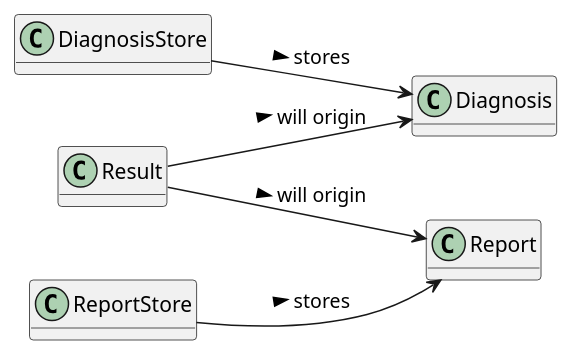
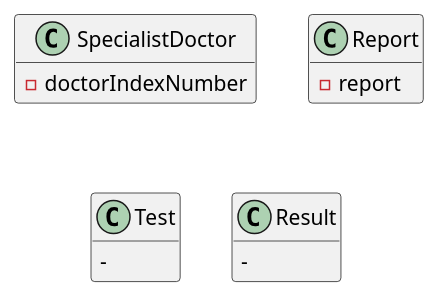
The diagram in docs/SprintC/US14/UC14_MD.puml (GuilhermeCunha79/lapr2), drawn with PlantUML before and after one commit. The commit also changed 6 other files, not shown here.

Commit message:
[Docs Improvements] Commit introduces improved Domain Model Diagram [US-14] Commit introduces new content on the US-14 document and diagrams

```diff
--- a/docs/SprintC/US14/UC14_MD.puml
+++ b/docs/SprintC/US14/UC14_MD.puml
@@ -1,26 +1,23 @@
 @startuml
+
 hide methods
-left to right direction
-skinparam classAttributeIconSize 0
+
+class SpecialistDoctor {
+    - doctorIndexNumber
+}
+
+class Report {
+    - report
+}
+
+class Test {
+    -
+}
+
+class Result {
+    -
+}
 
 
 
-class Result
-{
-}
-
-class Diagnosis
-{
-}
-
-class DiagnosisStore{
-}
-
-
-Result --> Diagnosis : will origin >
-Result --> Report : will origin >
-DiagnosisStore --> Diagnosis : stores >
-ReportStore --> Report : stores >
-
-
 @enduml
```
